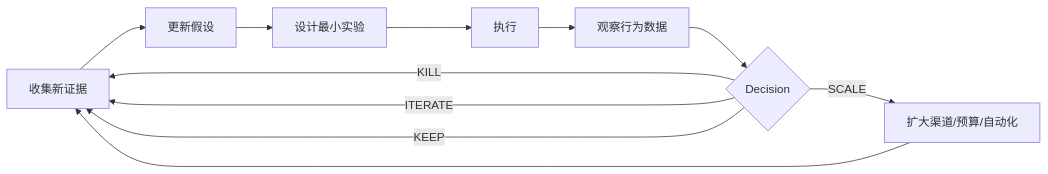
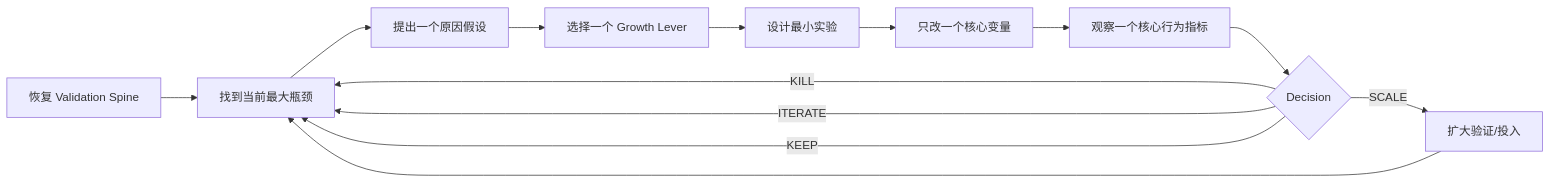
Before and after one commit to entropy-student/spike.skill: the diagram in acquisition-growth-radar/references/05-operating-loop.md, drawn with Mermaid. The commit also changed other lines of this file, not shown here.

````diff
--- a/acquisition-growth-radar/references/05-operating-loop.md
+++ b/acquisition-growth-radar/references/05-operating-loop.md
@@ -5,13 +7,15 @@
 ```mermaid
 flowchart LR
-    A[收集新证据] --> B[更新假设]
-    B --> C[设计最小实验]
-    C --> D[执行]
-    D --> E[观察行为数据]
-    E --> F{Decision}
-    F -->|KILL| A
-    F -->|ITERATE| A
-    F -->|KEEP| A
-    F -->|SCALE| G[扩大渠道/预算/自动化]
-    G --> A
+    A[恢复 Validation Spine] --> B[找到当前最大瓶颈]
+    B --> C[提出一个原因假设]
+    C --> D[选择一个 Growth Lever]
+    D --> E[设计最小实验]
+    E --> F[只改一个核心变量]
+    F --> G[观察一个核心行为指标]
+    G --> H{Decision}
+    H -->|KILL| B
+    H -->|ITERATE| B
+    H -->|KEEP| B
+    H -->|SCALE| I[扩大验证/投入]
+    I --> B
 ```
````
